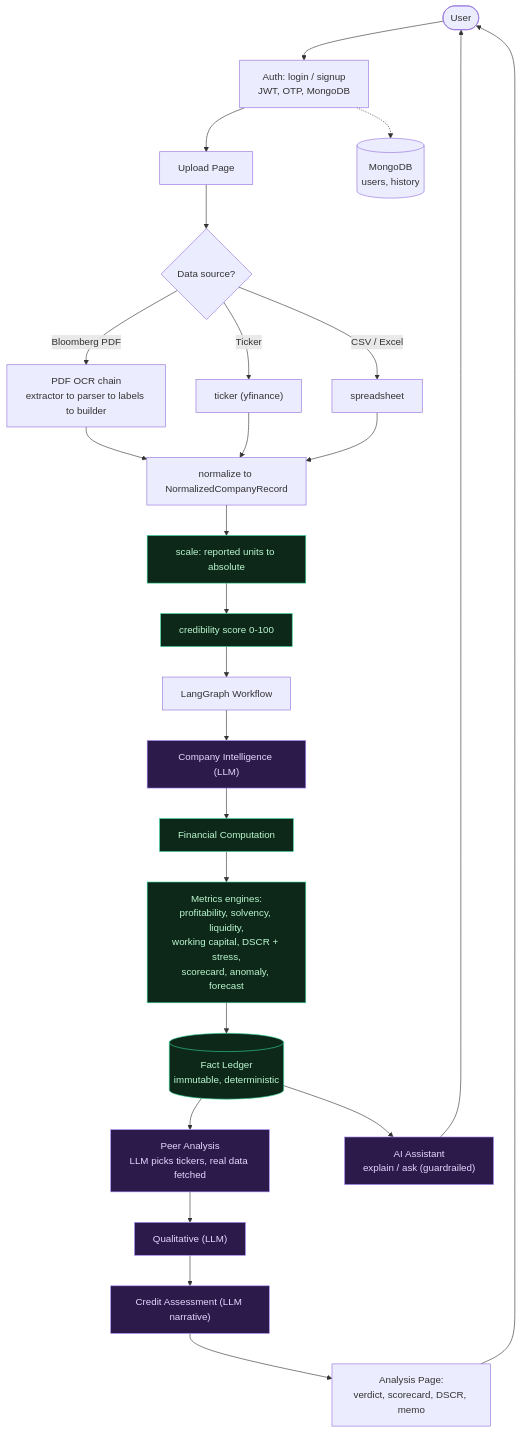
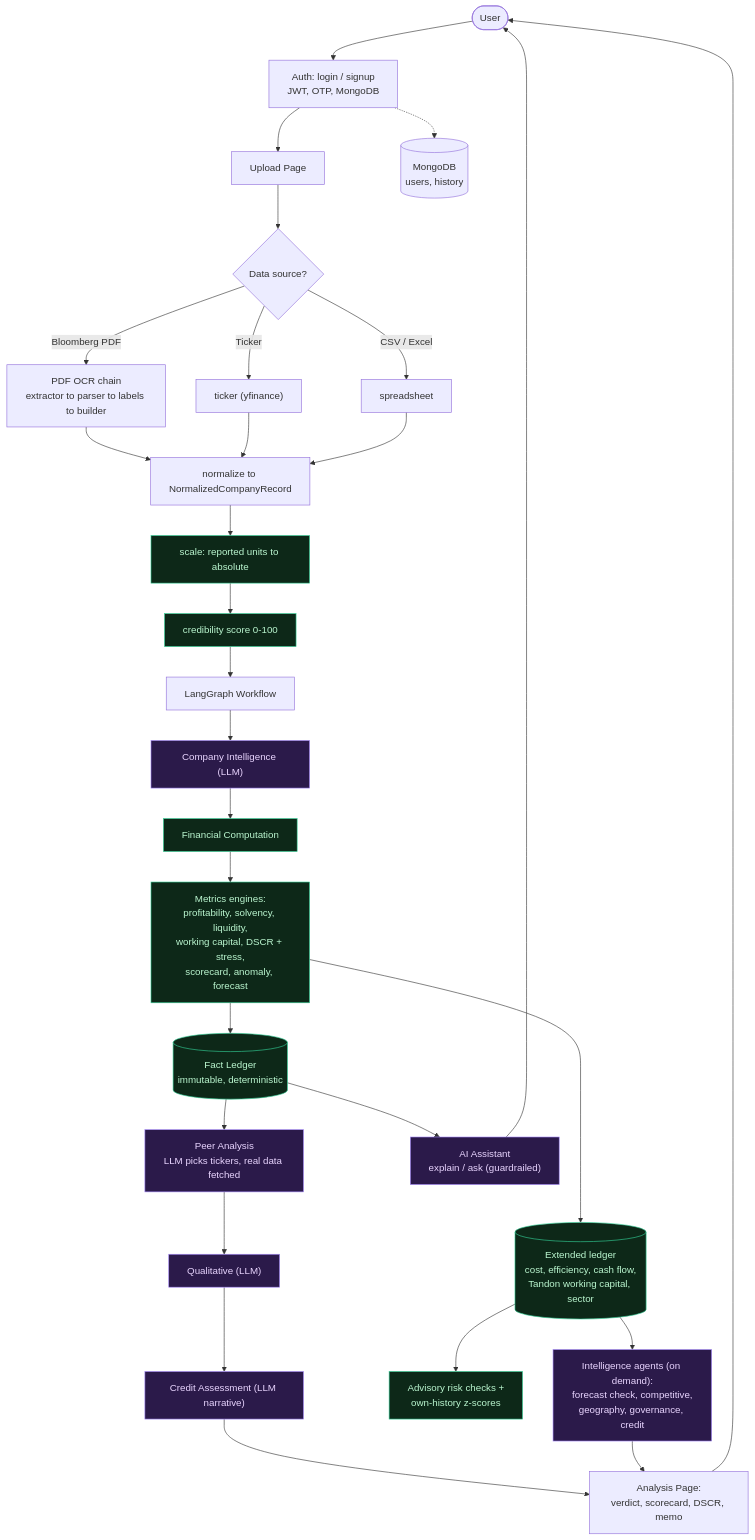
Before and after one commit to rocko131205/PBL-2: the diagram in docs/ARCHITECTURE.md, drawn with Mermaid. The commit also changed other lines of this file and 53 other files, not shown here.

````diff
--- a/docs/ARCHITECTURE.md
+++ b/docs/ARCHITECTURE.md
@@ -10,35 +10,40 @@
 ```mermaid
 flowchart TD
     U(["User"]) --> AUTH["Auth: login / signup<br/>JWT, OTP, MongoDB"]
     AUTH --> UP["Upload Page"]
 
     UP --> SRC{"Data source?"}
     SRC -->|"Bloomberg PDF"| PDF["PDF OCR chain<br/>extractor to parser to labels to builder"]
     SRC -->|"Ticker"| TIC["ticker (yfinance)"]
     SRC -->|"CSV / Excel"| CSV["spreadsheet"]
     PDF --> NORM["normalize to NormalizedCompanyRecord"]
     TIC --> NORM
     CSV --> NORM
     NORM --> SCALE["scale: reported units to absolute"]
     SCALE --> CRED["credibility score 0-100"]
     CRED --> WF["LangGraph Workflow"]
 
     WF --> CI["Company Intelligence (LLM)"]
     CI --> FC["Financial Computation"]
     FC --> ENG["Metrics engines:<br/>profitability, solvency, liquidity,<br/>working capital, DSCR + stress,<br/>scorecard, anomaly, forecast"]
     ENG --> LEDGER[("Fact Ledger<br/>immutable, deterministic")]
     LEDGER --> PEER["Peer Analysis<br/>LLM picks tickers, real data fetched"]
     PEER --> QUAL["Qualitative (LLM)"]
     QUAL --> CA["Credit Assessment (LLM narrative)"]
     CA --> OUT["Analysis Page:<br/>verdict, scorecard, DSCR, memo"]
     LEDGER --> AI["AI Assistant<br/>explain / ask (guardrailed)"]
 
+    ENG --> EXT[("Extended ledger<br/>cost, efficiency, cash flow,<br/>Tandon working capital, sector")]
+    EXT --> RISKX["Advisory risk checks +<br/>own-history z-scores"]
+    EXT --> INTEL["Intelligence agents (on demand):<br/>forecast check, competitive,<br/>geography, governance, credit"]
+    INTEL --> OUT
+
     OUT --> U
     AI --> U
     AUTH -.-> DB[("MongoDB<br/>users, history")]
 
     classDef llm fill:#2b1a4a,stroke:#a78bfa,color:#e9d5ff;
     classDef det fill:#0d2818,stroke:#34d399,color:#bbf7d0;
-    class CI,PEER,QUAL,CA,AI llm;
-    class FC,ENG,LEDGER,SCALE,CRED det;
+    class CI,PEER,QUAL,CA,AI,INTEL llm;
+    class FC,ENG,LEDGER,EXT,RISKX,SCALE,CRED det;
 ```
````
